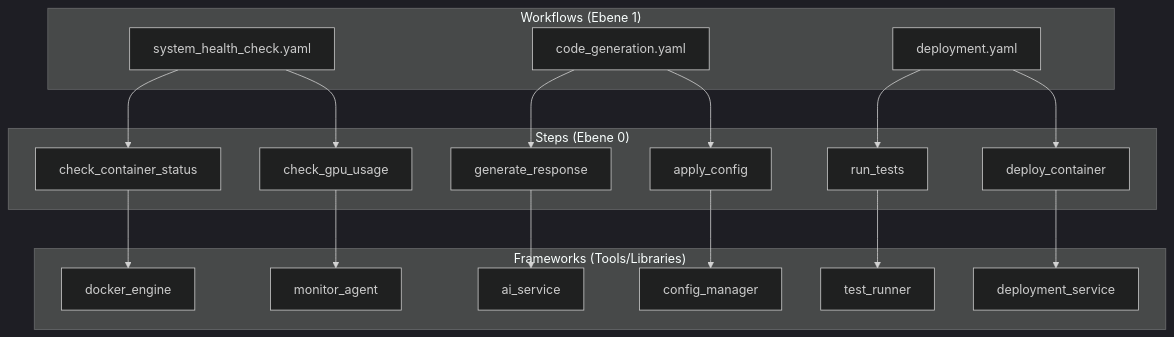
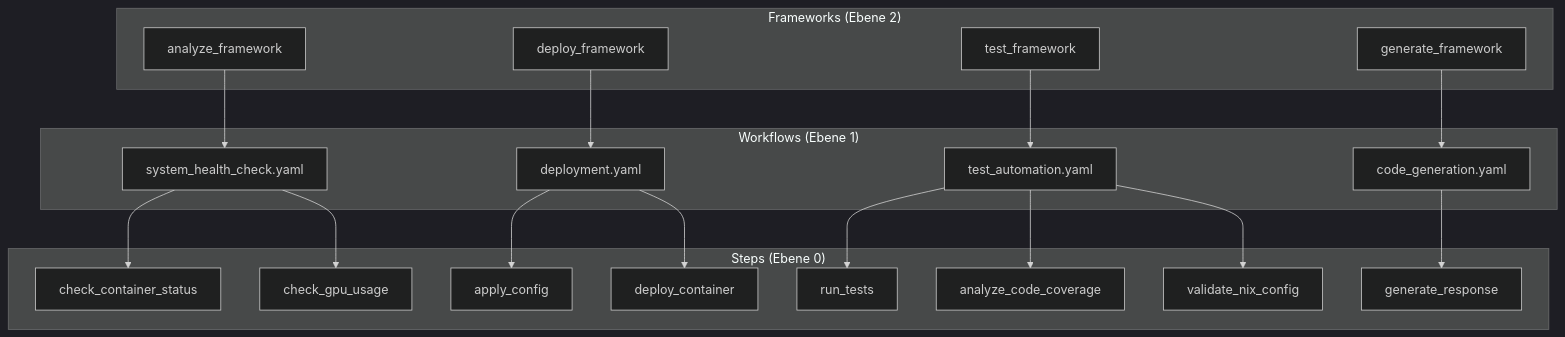
One commit to fr4iser90/PIDEA changed the diagram in docs/architecture/framework-workflow-relationship.md. Above: the diagram before and after it, drawn with Mermaid (dark theme). The commit also changed other lines of this file and 1 other file, not shown here.

First line of the commit message:
Update Architecture Documentation to Reflect Framework and Workflow Relationships

````diff
--- a/docs/architecture/framework-workflow-relationship.md
+++ b/docs/architecture/framework-workflow-relationship.md
@@ -15,42 +15,43 @@
 ```mermaid
 graph TB
+    subgraph "Frameworks (Ebene 2)"
+        F1[analyze_framework]
+        F2[deploy_framework]
+        F3[test_framework]
+        F4[generate_framework]
+    end
+    
     subgraph "Workflows (Ebene 1)"
         WF1[system_health_check.yaml]
         WF2[code_generation.yaml]
         WF3[deployment.yaml]
+        WF4[test_automation.yaml]
     end
     
     subgraph "Steps (Ebene 0)"
         S1[check_container_status]
         S2[check_gpu_usage]
         S3[generate_response]
         S4[apply_config]
         S5[run_tests]
         S6[deploy_container]
+        S7[analyze_code_coverage]
+        S8[validate_nix_config]
     end
     
-    subgraph "Frameworks (Tools/Libraries)"
-        F1[docker_engine]
-        F2[monitor_agent]
-        F3[ai_service]
-        F4[config_manager]
-        F5[test_runner]
-        F6[deployment_service]
-    end
+    %% Frameworks rufen Workflows auf
+    F1 --> WF1
+    F2 --> WF3
+    F3 --> WF4
+    F4 --> WF2
     
-    %% Workflows verwenden Steps
+    %% Workflows orchestrieren Steps
     WF1 --> S1
     WF1 --> S2
     WF2 --> S3
-    WF2 --> S4
-    WF3 --> S5
+    WF3 --> S4
     WF3 --> S6
-    
-    %% Steps nutzen Frameworks
-    S1 --> F1
-    S2 --> F2
-    S3 --> F3
-    S4 --> F4
-    S5 --> F5
-    S6 --> F6
+    WF4 --> S5
+    WF4 --> S7
+    WF4 --> S8
 ```
````
